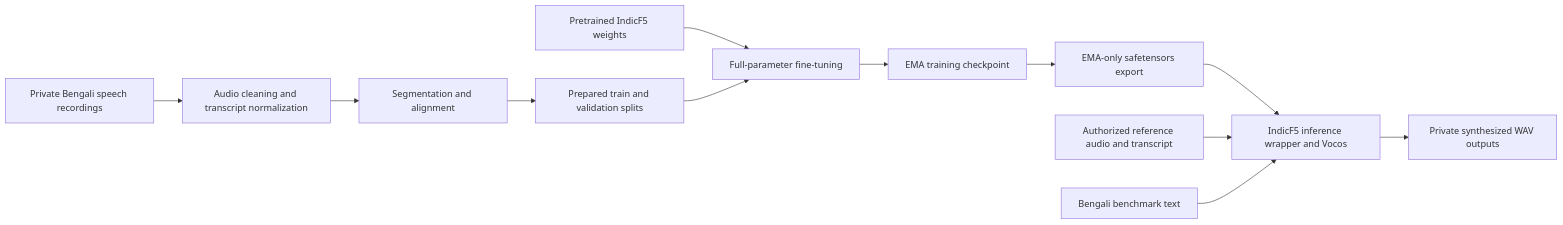
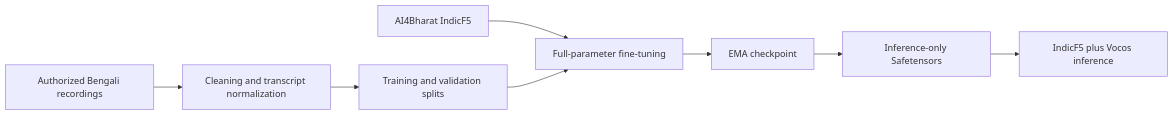
One commit to shariardipto/DH-TTS changed the first of 2 diagrams in README.md. Above: the diagram before and after it, drawn with Mermaid. The commit also changed other lines of this file and 2 other files, not shown here.

````diff
--- a/README.md
+++ b/README.md
@@ -34,14 +47,10 @@
 ```mermaid
 flowchart LR
-    A[Private Bengali speech recordings] --> B[Audio cleaning and transcript normalization]
-    B --> C[Segmentation and alignment]
-    C --> D[Prepared train and validation splits]
-    E[Pretrained IndicF5 weights] --> F[Full-parameter fine-tuning]
-    D --> F
-    F --> G[EMA training checkpoint]
-    G --> H[EMA-only safetensors export]
-    H --> I[IndicF5 inference wrapper and Vocos]
-    J[Authorized reference audio and transcript] --> I
-    K[Bengali benchmark text] --> I
-    I --> L[Private synthesized WAV outputs]
+    A[Authorized Bengali recordings] --> B[Cleaning and transcript normalization]
+    B --> C[Training and validation splits]
+    D[AI4Bharat IndicF5] --> E[Full-parameter fine-tuning]
+    C --> E
+    E --> F[EMA checkpoint]
+    F --> G[Inference-only Safetensors]
+    G --> H[IndicF5 plus Vocos inference]
 ```
````
